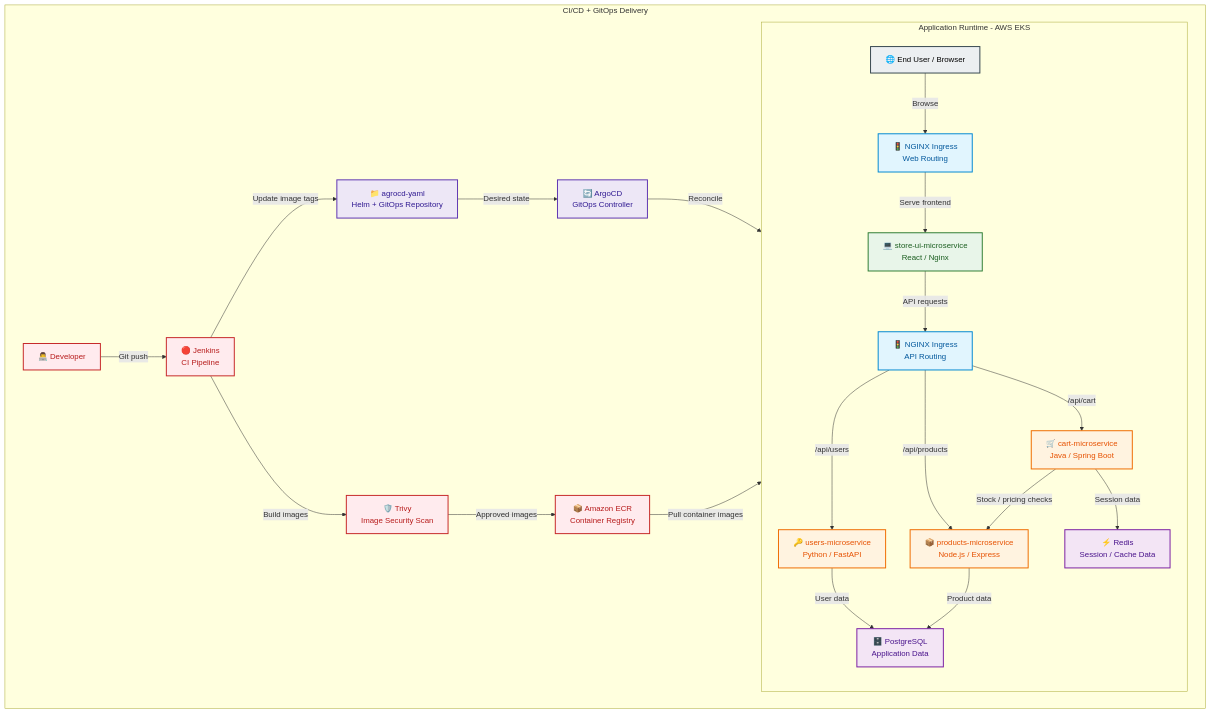
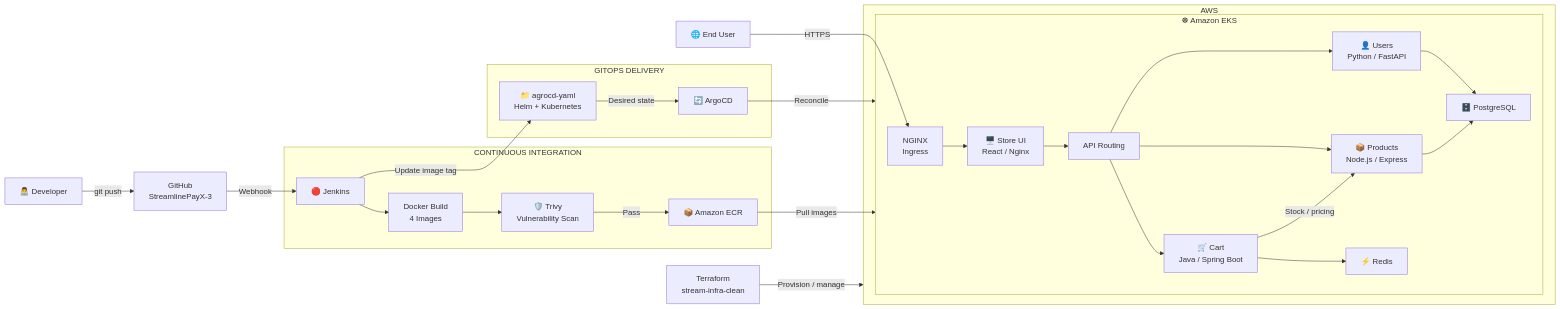
The diagram in README.md (maxiemoses-eu/StreamlinePayX-3), drawn with Mermaid before and after one commit. The commit also changed other lines of this file, not shown here.

````diff
--- a/README.md
+++ b/README.md
@@ -17,97 +23,109 @@
 ```mermaid
-graph TB
+flowchart LR
 
     %% =========================
-    %% RUNTIME ARCHITECTURE
+    %% SOURCE
     %% =========================
 
-    subgraph Runtime["Application Runtime - AWS EKS"]
+    Dev["👨‍💻 Developer"]
 
-        User["🌐 End User / Browser"]
+    GitHub["GitHub<br/>StreamlinePayX-3"]
 
-        WebIngress["🚦 NGINX Ingress<br/>Web Routing"]
+    Dev -->|"git push"| GitHub
 
-        UI["💻 store-ui-microservice<br/>React / Nginx"]
+    %% =========================
+    %% CI
+    %% =========================
 
-        APIIngress["🚦 NGINX Ingress<br/>API Routing"]
+    subgraph CI["CONTINUOUS INTEGRATION"]
 
-        Users["🔑 users-microservice<br/>Python / FastAPI"]
+        Jenkins["🔴 Jenkins"]
 
-        Cart["🛒 cart-microservice<br/>Java / Spring Boot"]
+        Build["Docker Build<br/>4 Images"]
 
-        Products["📦 products-microservice<br/>Node.js / Express"]
+        Scan["🛡️ Trivy<br/>Vulnerability Scan"]
 
-        PostgreSQL["🗄️ PostgreSQL<br/>Application Data"]
+        Registry["📦 Amazon ECR"]
 
-        Redis["⚡ Redis<br/>Session / Cache Data"]
-
-        User -->|Browse| WebIngress
-        WebIngress -->|Serve frontend| UI
-        UI -->|API requests| APIIngress
-
-        APIIngress -->|/api/users| Users
-        APIIngress -->|/api/cart| Cart
-        APIIngress -->|/api/products| Products
-
-        Users -->|User data| PostgreSQL
-        Products -->|Product data| PostgreSQL
-        Cart -->|Session data| Redis
-        Cart -->|Stock / pricing checks| Products
+        Jenkins --> Build
+        Build --> Scan
+        Scan -->|"Pass"| Registry
 
     end
 
+    GitHub -->|"Webhook"| Jenkins
 
     %% =========================
-    %% DELIVERY ARCHITECTURE
+    %% GITOPS
     %% =========================
 
-    subgraph Delivery["CI/CD + GitOps Delivery"]
+    subgraph GitOps["GITOPS DELIVERY"]
 
-        Developer["👨‍💻 Developer"]
+        Repo["📁 agrocd-yaml<br/>Helm + Kubernetes"]
 
-        Jenkins["🔴 Jenkins<br/>CI Pipeline"]
+        Argo["🔄 ArgoCD"]
 
-        Trivy["🛡️ Trivy<br/>Image Security Scan"]
-
-        ECR["📦 Amazon ECR<br/>Container Registry"]
-
-        GitOps["📁 agrocd-yaml<br/>Helm + GitOps Repository"]
-
-        ArgoCD["🔄 ArgoCD<br/>GitOps Controller"]
-
-        Developer -->|Git push| Jenkins
-
-        Jenkins -->|Build images| Trivy
-        Trivy -->|Approved images| ECR
-
-        Jenkins -->|Update image tags| GitOps
-
-        GitOps -->|Desired state| ArgoCD
-
-        ArgoCD -->|Reconcile| Runtime
-
-        ECR -->|Pull container images| Runtime
+        Jenkins -->|"Update image tag"| Repo
+        Repo -->|"Desired state"| Argo
 
     end
 
+    %% =========================
+    %% AWS
+    %% =========================
+
+    subgraph AWS["AWS"]
+
+        subgraph EKS["☸ Amazon EKS"]
+
+            Ingress["NGINX<br/>Ingress"]
+
+            UI["🖥️ Store UI<br/>React / Nginx"]
+
+            API["API Routing"]
+
+            Users["👤 Users<br/>Python / FastAPI"]
+
+            Cart["🛒 Cart<br/>Java / Spring Boot"]
+
+            Products["📦 Products<br/>Node.js / Express"]
+
+            DB["🗄️ PostgreSQL"]
+
+            Cache["⚡ Redis"]
+
+            Ingress --> UI
+            UI --> API
+
+            API --> Users
+            API --> Cart
+            API --> Products
+
+            Users --> DB
+            Products --> DB
+            Cart --> Cache
+            Cart -->|"Stock / pricing"| Products
+
+        end
+
+    end
+
+    Argo -->|"Reconcile"| EKS
+    Registry -->|"Pull images"| EKS
 
     %% =========================
-    %% STYLING
+    %% INFRASTRUCTURE
     %% =========================
 
-    classDef client fill:#eceff1,stroke:#37474f,stroke-width:2px,color:#000;
-    classDef edge fill:#e1f5fe,stroke:#0288d1,stroke-width:2px,color:#01579b;
-    classDef ui fill:#e8f5e9,stroke:#2e7d32,stroke-width:2px,color:#1b5e20;
-    classDef service fill:#fff3e0,stroke:#ef6c00,stroke-width:2px,color:#e65100;
-    classDef data fill:#f3e5f5,stroke:#7b1fa2,stroke-width:2px,color:#4a148c;
-    classDef ci fill:#ffebee,stroke:#c62828,stroke-width:2px,color:#b71c1c;
-    classDef gitops fill:#ede7f6,stroke:#5e35b1,stroke-width:2px,color:#311b92;
+    Terraform["Terraform<br/>stream-infra-clean"]
 
-    class User client;
-    class WebIngress,APIIngress edge;
-    class UI ui;
-    class Users,Cart,Products service;
-    class PostgreSQL,Redis data;
-    class Developer,Jenkins,Trivy,ECR ci;
-    class GitOps,ArgoCD gitops;
+    Terraform -->|"Provision / manage"| AWS
+
+    %% =========================
+    %% USER TRAFFIC
+    %% =========================
+
+    Browser["🌐 End User"]
+
+    Browser -->|"HTTPS"| Ingress
 ```
````
